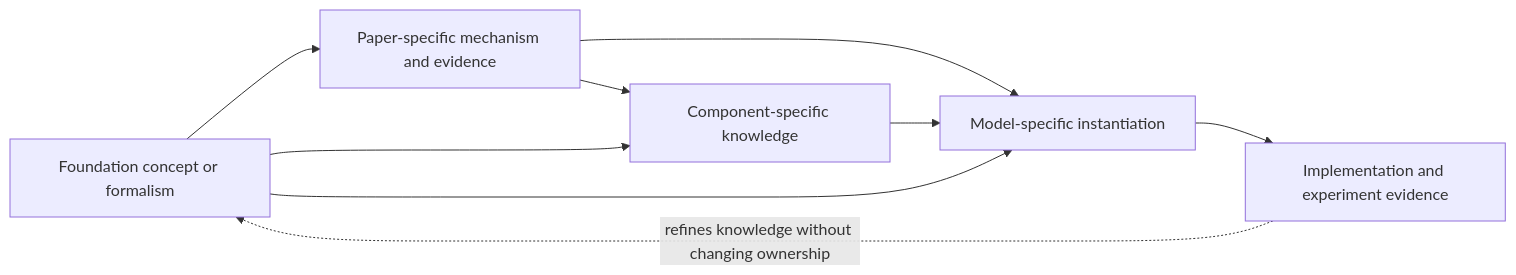
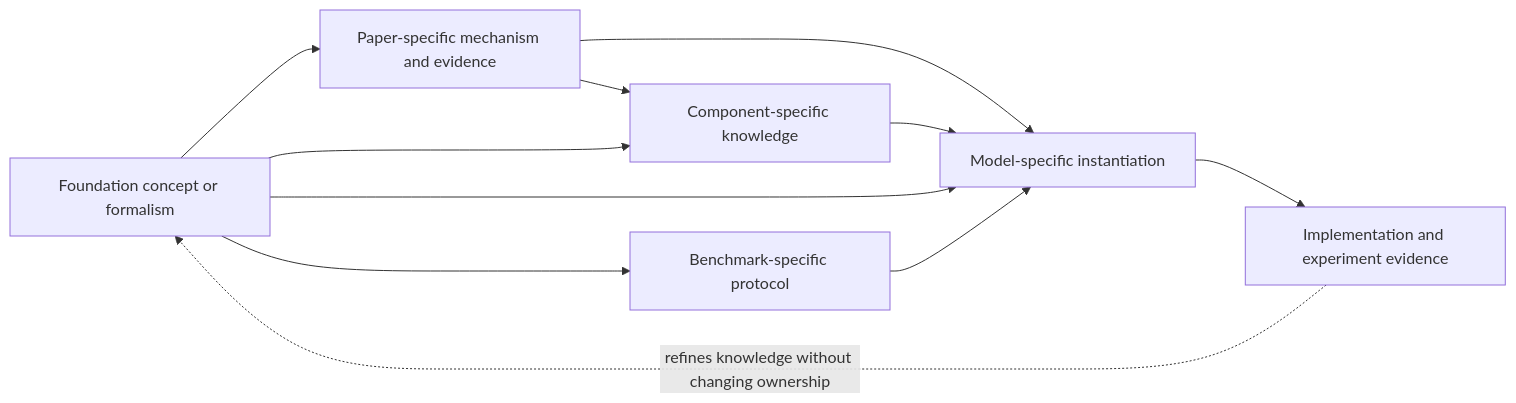
One commit to ABA-WM-Knowledge-Base/ABA-WM-Knowledge-Base changed the diagram in foundations/README.md. Above: the diagram before and after it, drawn with Mermaid. The commit also changed other lines of this file and 65 other files, not shown here.

````diff
--- a/foundations/README.md
+++ b/foundations/README.md
@@ -29,11 +29,13 @@
 ```mermaid
 flowchart LR
     F["Foundation concept or formalism"] --> P["Paper-specific mechanism and evidence"]
     F --> C["Component-specific knowledge"]
     F --> M["Model-specific instantiation"]
+    F --> B["Benchmark-specific protocol"]
     P --> M
     P --> C
     C --> M
+    B --> M
     M --> E["Implementation and experiment evidence"]
     E -.->|refines knowledge without changing ownership| F
 ```
````
